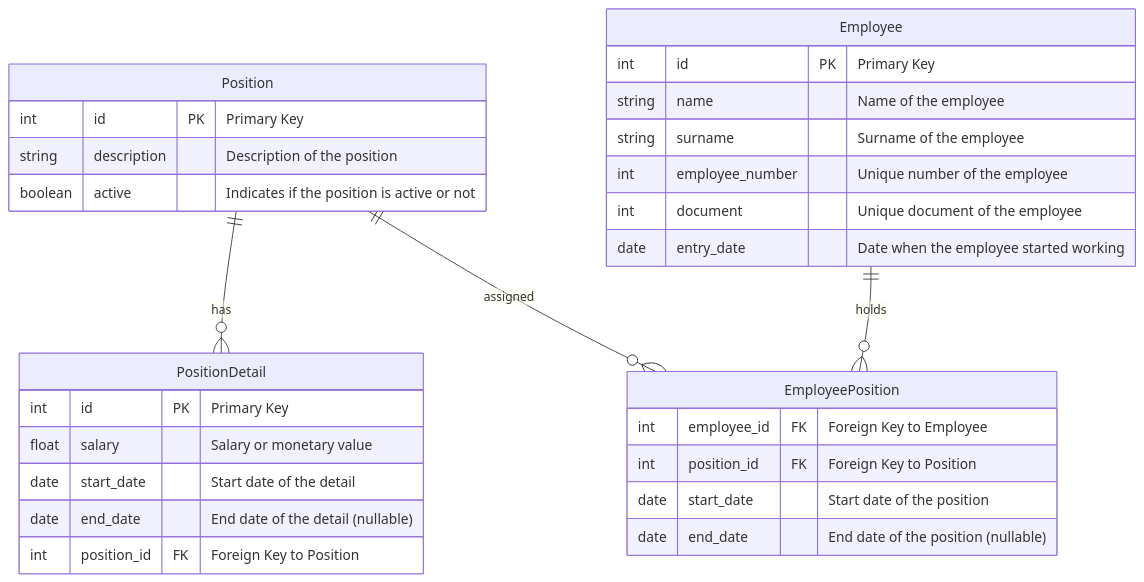
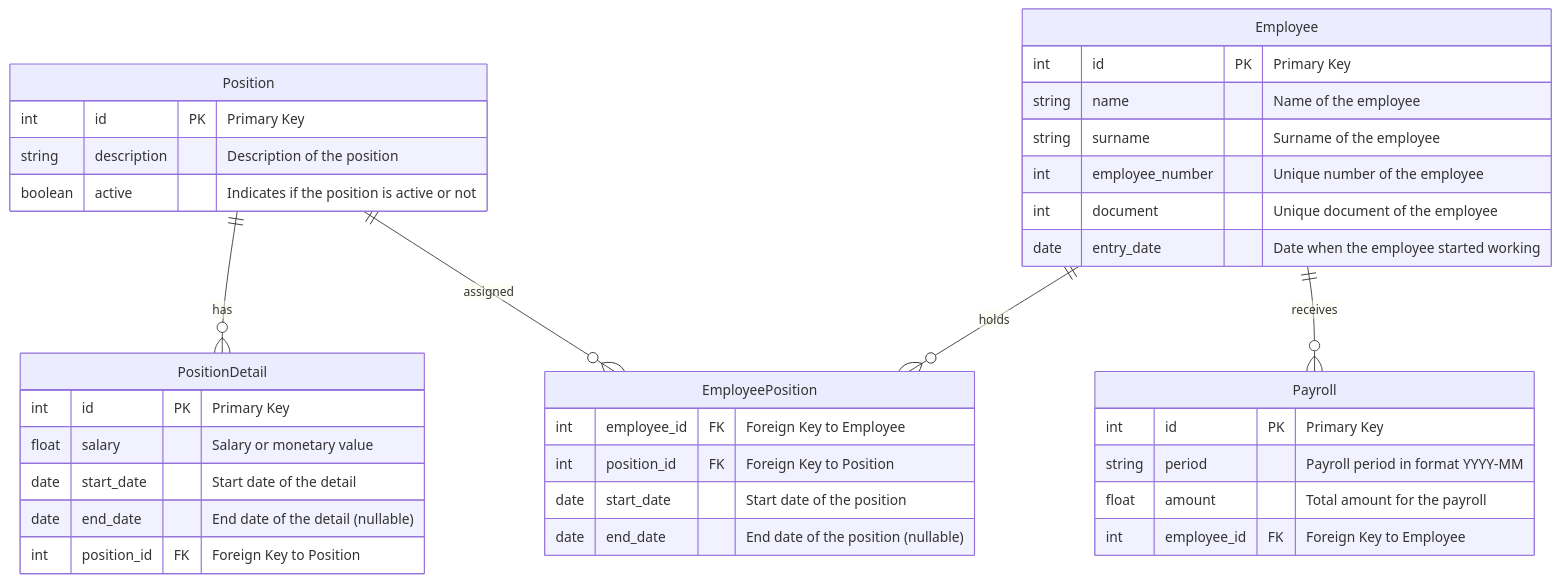
One commit to Shiel000/employeeManager changed the diagram in diagrams/new_diagram.md. Above: the diagram before and after it, drawn with Mermaid. The commit also changed 6 other files, not shown here.

````diff
--- a/diagrams/new_diagram.md
+++ b/diagrams/new_diagram.md
@@ -1,38 +1,46 @@
 ```mermaid
 
 erDiagram
     Position {
         int id PK "Primary Key"
         string description "Description of the position"
         boolean active "Indicates if the position is active or not"
     }
     
     PositionDetail {
         int id PK "Primary Key"
         float salary "Salary or monetary value"
         date start_date "Start date of the detail"
         date end_date "End date of the detail (nullable)"
         int position_id FK "Foreign Key to Position"
     }
     
     Employee {
         int id PK "Primary Key"
         string name "Name of the employee"
         string surname "Surname of the employee"
         int employee_number "Unique number of the employee"
         int document "Unique document of the employee"
         date entry_date "Date when the employee started working"
     }
     
     EmployeePosition {
         int employee_id FK "Foreign Key to Employee"
         int position_id FK "Foreign Key to Position"
         date start_date "Start date of the position"
         date end_date "End date of the position (nullable)"
     }
     
+    Payroll {
+        int id PK "Primary Key"
+        string period "Payroll period in format YYYY-MM"
+        float amount "Total amount for the payroll"
+        int employee_id FK "Foreign Key to Employee"
+    }
+    
     Position ||--o{ PositionDetail : "has"
     Employee ||--o{ EmployeePosition : "holds"
     Position ||--o{ EmployeePosition : "assigned"
+    Employee ||--o{ Payroll : "receives"
 
 ```
````
